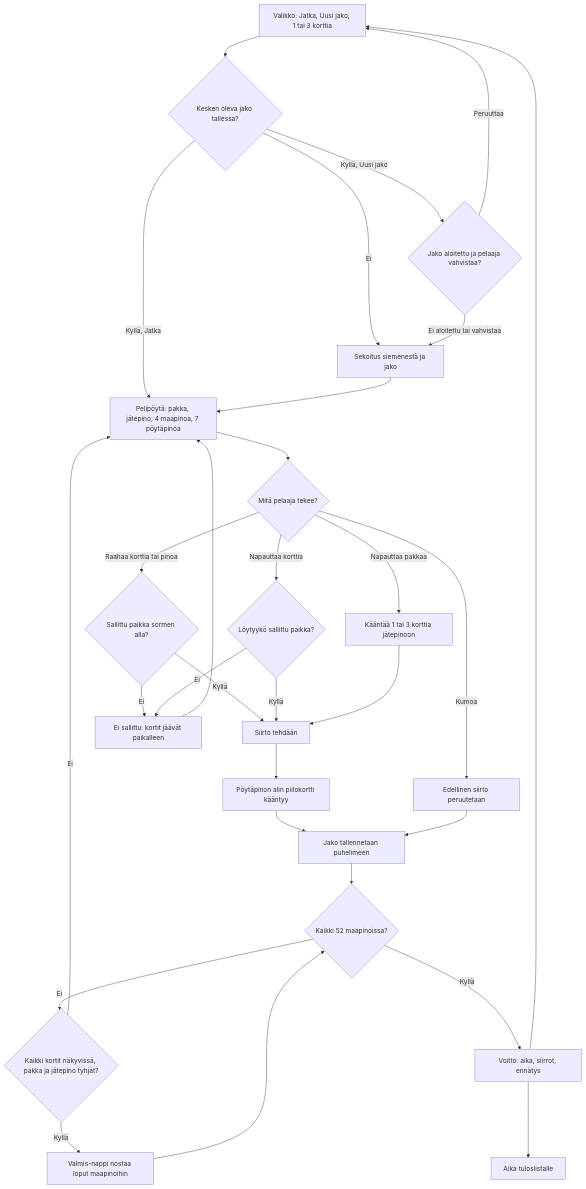
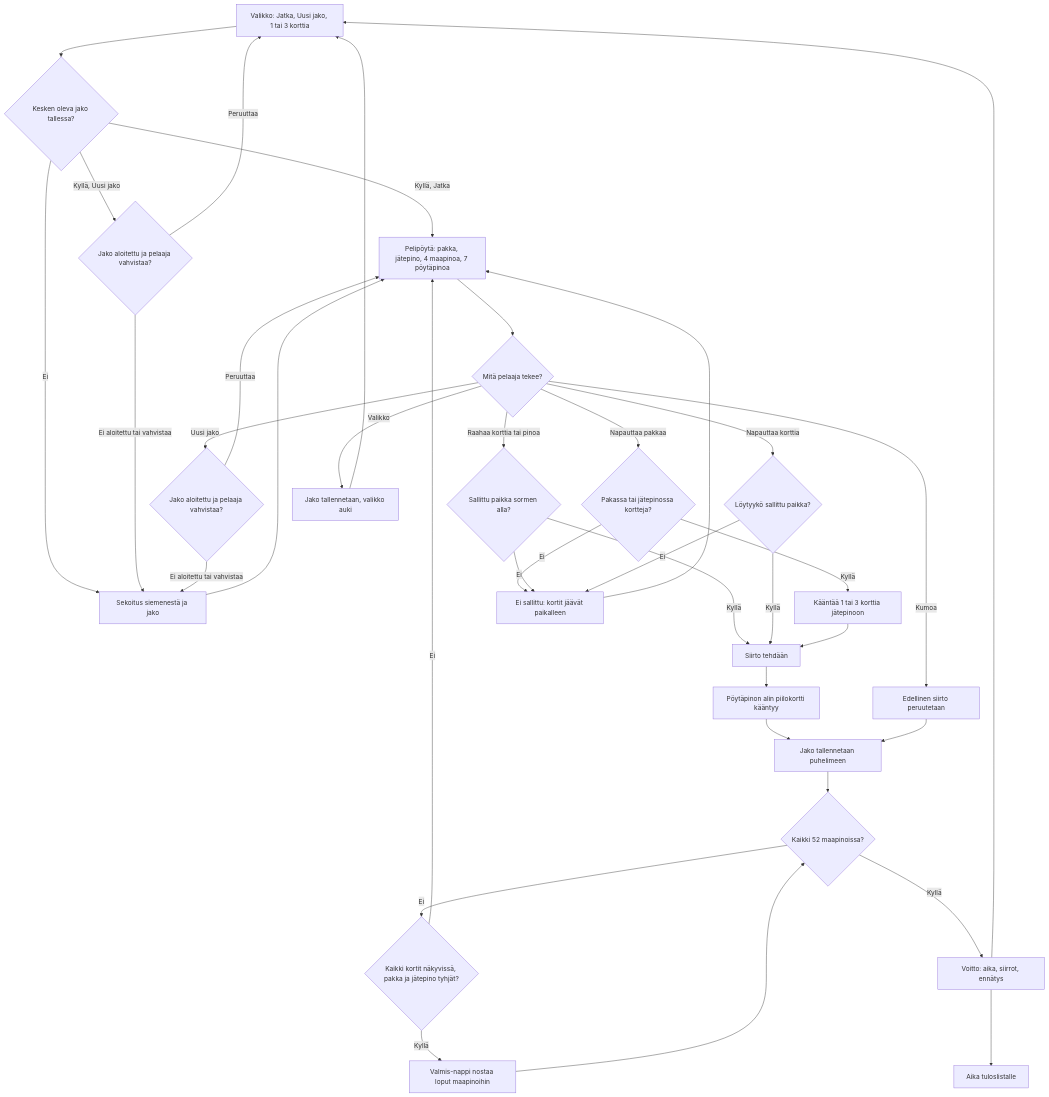
The diagram in docs/diagrams/pasianssi.md (eerovil/ai-pelit), drawn with Mermaid before and after one commit. The commit also changed other lines of this file and 3 other files, not shown here.

````diff
--- a/docs/diagrams/pasianssi.md
+++ b/docs/diagrams/pasianssi.md
@@ -8,37 +8,44 @@
 ```mermaid
 flowchart TD
   A[Valikko: Jatka, Uusi jako, 1 tai 3 korttia] --> J{Kesken oleva jako tallessa?}
   J -- Kyllä, Jatka --> P[Pelipöytä: pakka, jätepino, 4 maapinoa, 7 pöytäpinoa]
   J -- Ei --> S[Sekoitus siemenestä ja jako]
   J -- Kyllä, Uusi jako --> Q{Jako aloitettu ja pelaaja vahvistaa?}
   Q -- Ei aloitettu tai vahvistaa --> S
   Q -- Peruuttaa --> A
   S --> P
   P --> T{Mitä pelaaja tekee?}
-  T -- Napauttaa pakkaa --> D[Kääntää 1 tai 3 korttia jätepinoon]
+  T -- Napauttaa pakkaa --> N{Pakassa tai jätepinossa kortteja?}
+  N -- Kyllä --> D[Kääntää 1 tai 3 korttia jätepinoon]
+  N -- Ei --> B
   T -- Napauttaa korttia --> M{Löytyykö sallittu paikka?}
   T -- Raahaa korttia tai pinoa --> R{Sallittu paikka sormen alla?}
   T -- Kumoa --> U[Edellinen siirto peruutetaan]
+  T -- Uusi jako --> Y{Jako aloitettu ja pelaaja vahvistaa?}
+  Y -- Ei aloitettu tai vahvistaa --> S
+  Y -- Peruuttaa --> P
+  T -- Valikko --> Z[Jako tallennetaan, valikko auki]
+  Z --> A
   R -- Kyllä --> K[Siirto tehdään]
   R -- Ei --> B[Ei sallittu: kortit jäävät paikalleen]
   M -- Kyllä --> K
   M -- Ei --> B
   D --> K
   K --> F[Pöytäpinon alin piilokortti kääntyy]
   F --> V[Jako tallennetaan puhelimeen]
   U --> V
   B --> P
   V --> W{Kaikki 52 maapinoissa?}
   W -- Ei --> X{Kaikki kortit näkyvissä, pakka ja jätepino tyhjät?}
   X -- Kyllä --> AF[Valmis-nappi nostaa loput maapinoihin]
   AF --> W
   X -- Ei --> P
   W -- Kyllä --> G[Voitto: aika, siirrot, ennätys]
   G --> L[Aika tuloslistalle]
   G --> A
-  class A,P,D,K,B blue
-  class J,Q,T,M,R,W,X amber
+  class A,P,D,K,B,Z blue
+  class J,Q,Y,N,T,M,R,W,X amber
   class S,F,V,U teal
   class AF violet
   class G,L green
 ```
````
